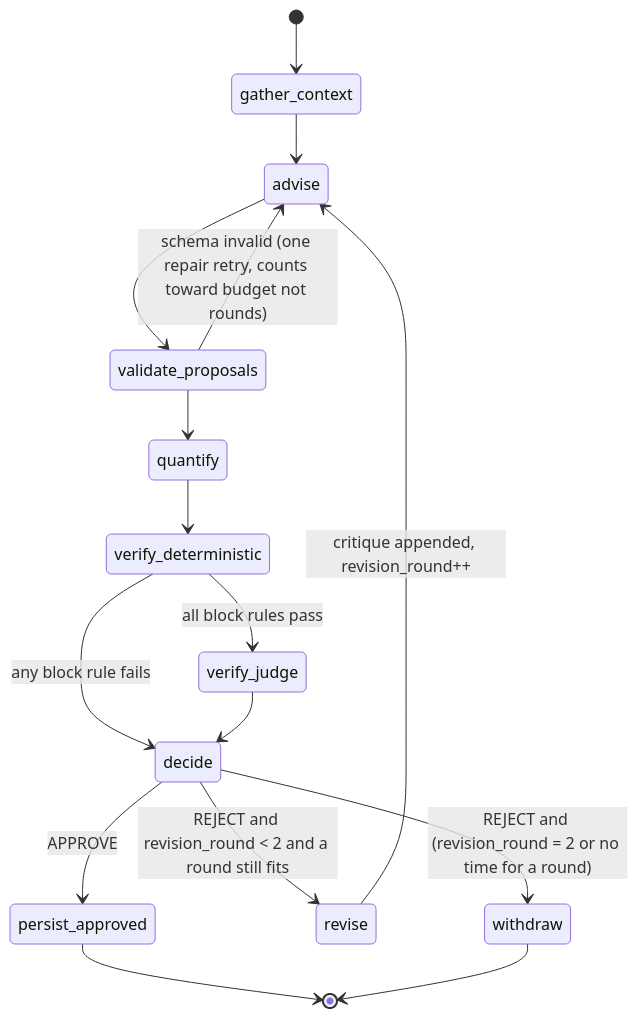
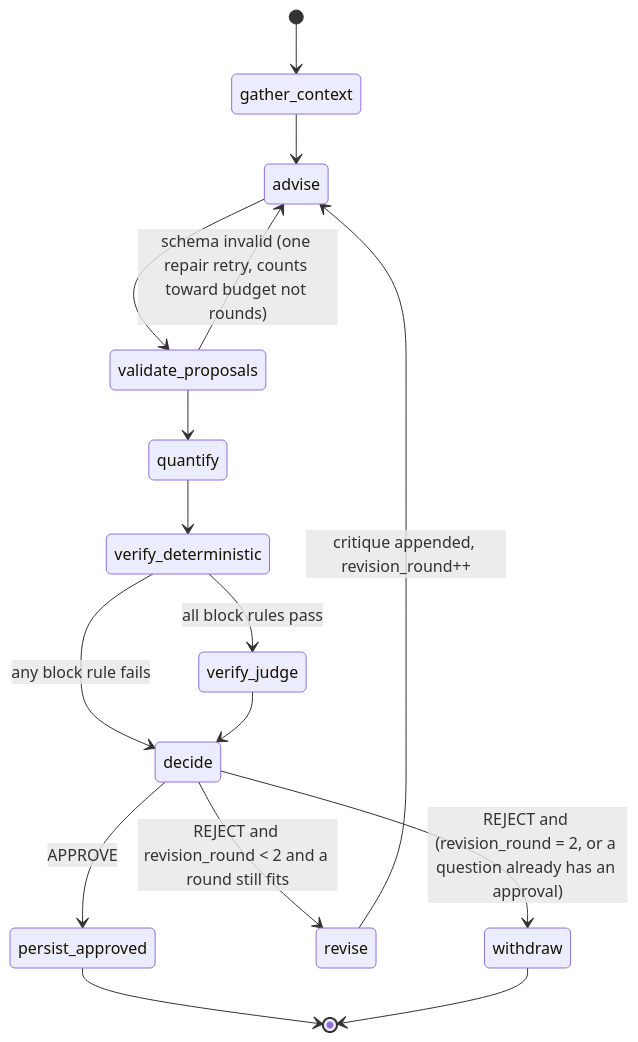
The fourth of 6 diagrams in docs/06-AGENT-ORCHESTRATION.md (olaheavy-dev/Foresight), drawn with Mermaid before and after one commit. The commit also changed other lines of this file and 13 other files, not shown here.

````diff
--- a/docs/06-AGENT-ORCHESTRATION.md
+++ b/docs/06-AGENT-ORCHESTRATION.md
@@ -497,18 +497,18 @@
 ```mermaid
 stateDiagram-v2
     [*] --> gather_context
     gather_context --> advise
     advise --> validate_proposals
     validate_proposals --> advise: schema invalid (one repair retry, counts toward budget not rounds)
     validate_proposals --> quantify
     quantify --> verify_deterministic
     verify_deterministic --> verify_judge: all block rules pass
     verify_deterministic --> decide: any block rule fails
     verify_judge --> decide
     decide --> persist_approved: APPROVE
     decide --> revise: REJECT and revision_round < 2 and a round still fits
-    decide --> withdraw: REJECT and (revision_round = 2 or no time for a round)
+    decide --> withdraw: REJECT and (revision_round = 2, or a question already has an approval)
     revise --> advise: critique appended, revision_round++
     persist_approved --> [*]
     withdraw --> [*]
 ```
````
